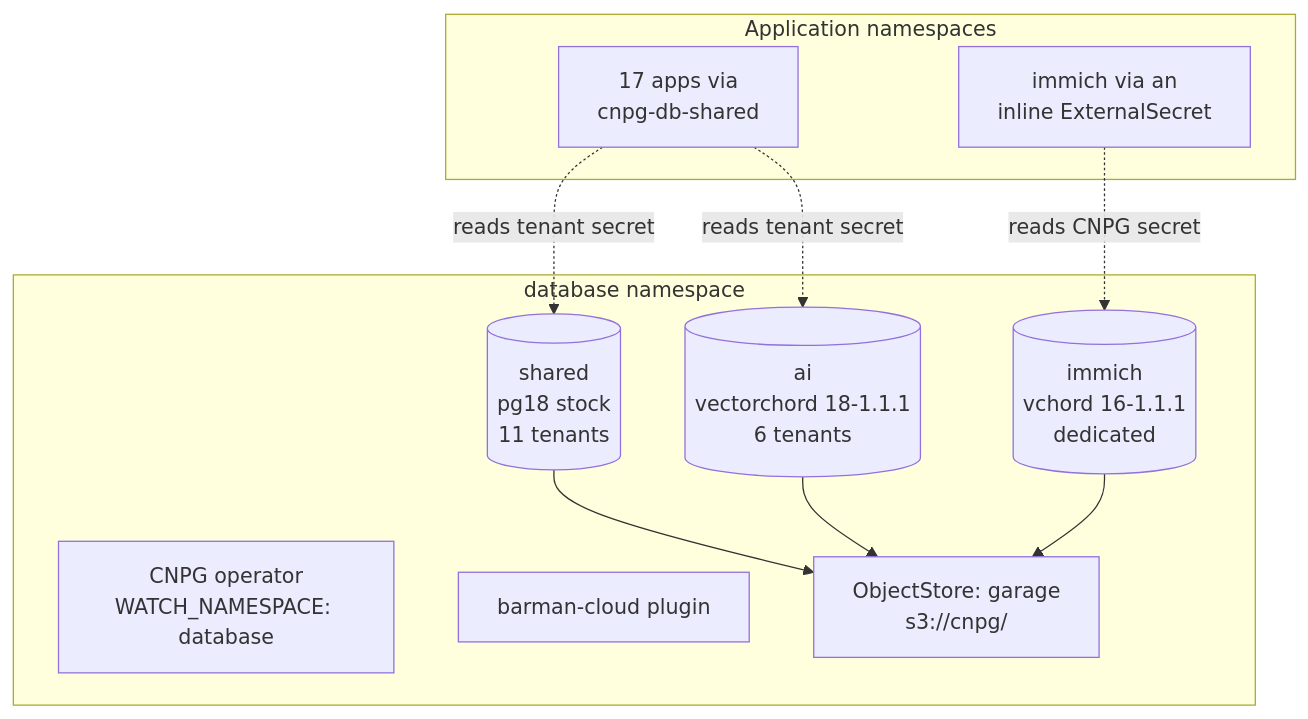
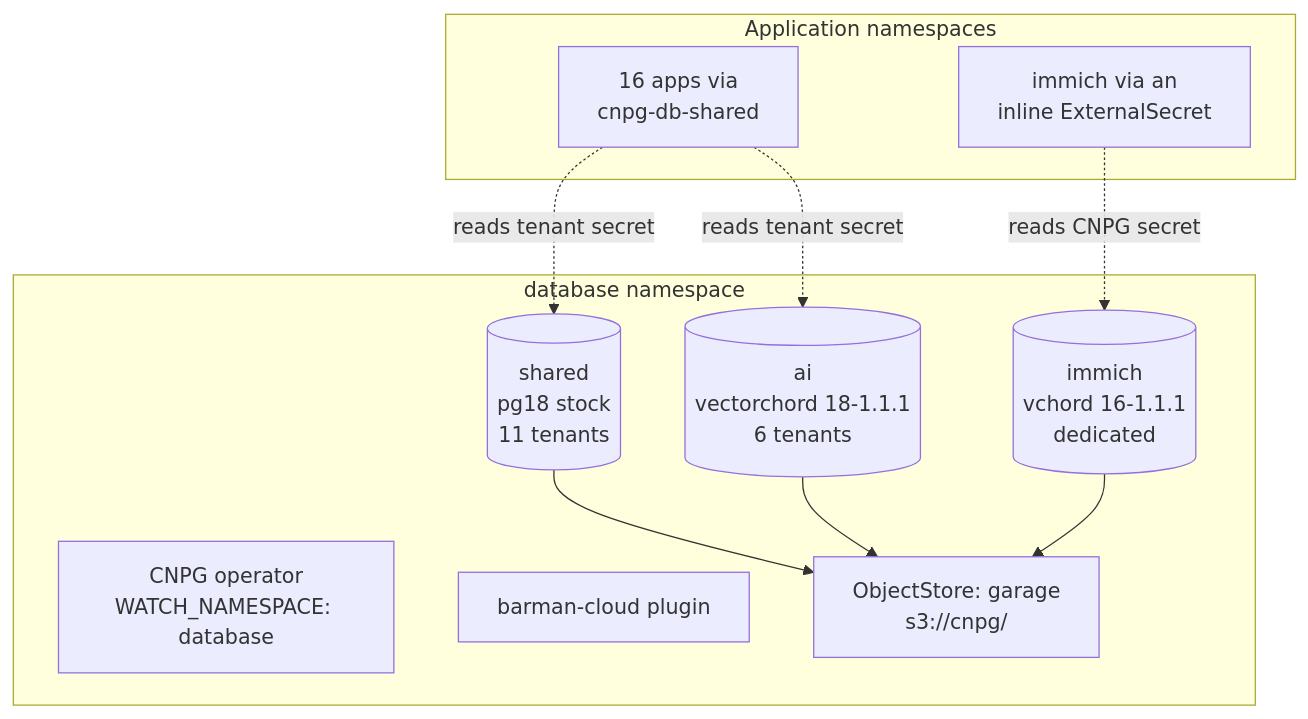
Before and after one commit to swibrow/home-ops: the diagram in docs/operations/cnpg-consolidation.md, drawn with Mermaid. The commit also changed other lines of this file and 4 other files, not shown here.

````diff
--- a/docs/operations/cnpg-consolidation.md
+++ b/docs/operations/cnpg-consolidation.md
@@ -43,24 +43,24 @@
 ```mermaid
 flowchart TD
     subgraph DB["database namespace"]
         OP[CNPG operator<br/>WATCH_NAMESPACE: database]
         BARMAN[barman-cloud plugin]
         OS[ObjectStore: garage<br/>s3://cnpg/]
 
         SHARED[("shared<br/>pg18 stock<br/>11 tenants")]
         AI[("ai<br/>vectorchord 18-1.1.1<br/>6 tenants")]
         IMMICH[("immich<br/>vchord 16-1.1.1<br/>dedicated")]
     end
 
     subgraph Consumers["Application namespaces"]
-        C1[17 apps via<br/>cnpg-db-shared]
+        C1[16 apps via<br/>cnpg-db-shared]
         C2[immich via an<br/>inline ExternalSecret]
     end
 
     SHARED --> OS
     AI --> OS
     IMMICH --> OS
     C1 -.reads tenant secret.-> SHARED
     C1 -.reads tenant secret.-> AI
     C2 -.reads CNPG secret.-> IMMICH
 ```
````
